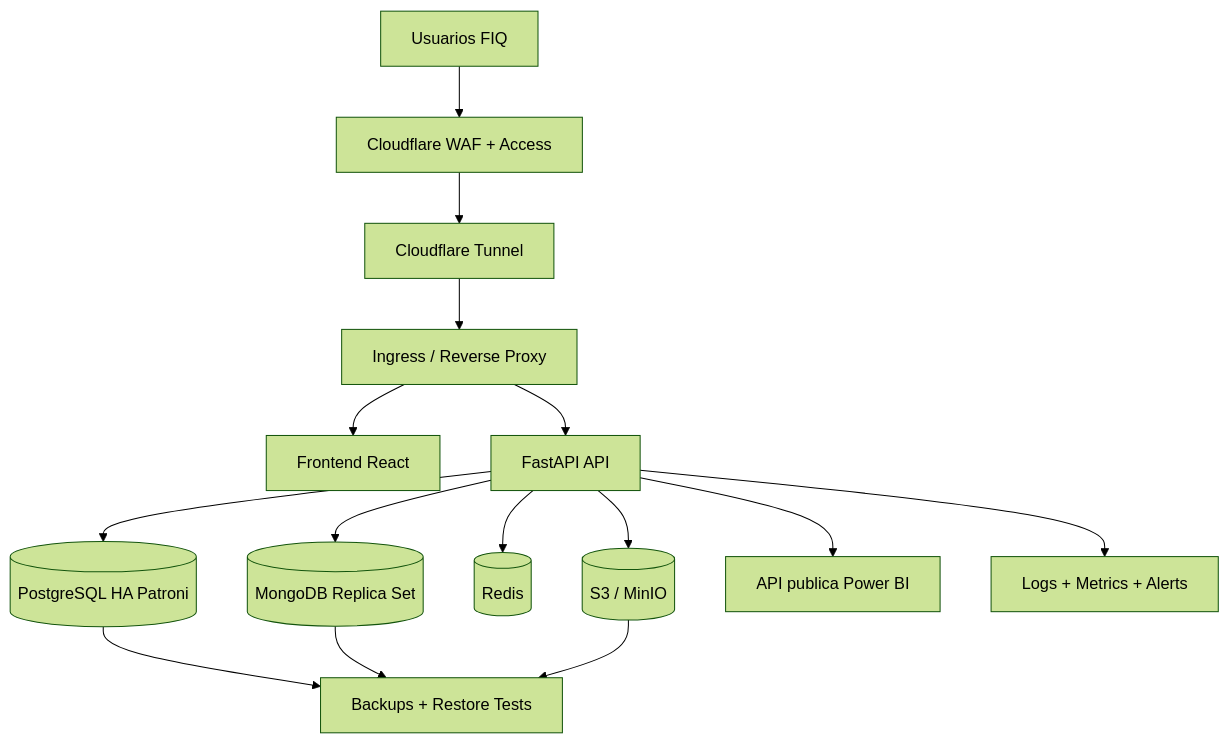
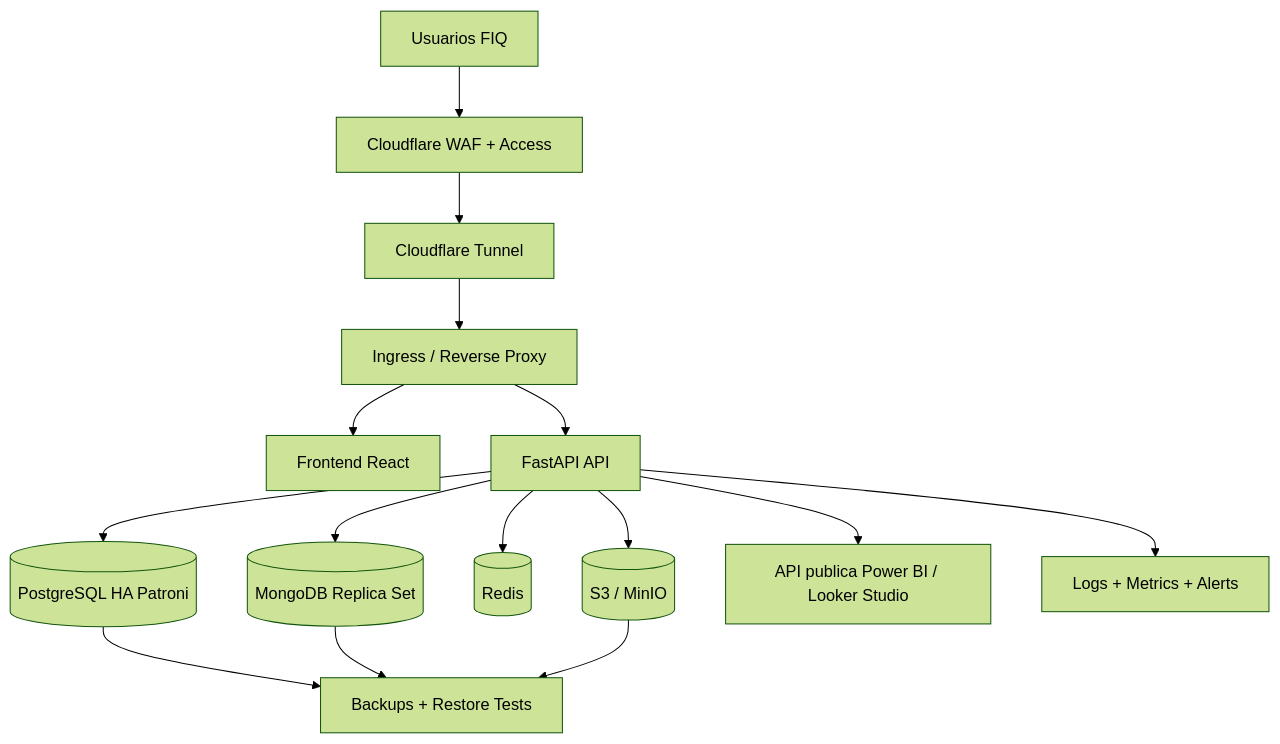
One commit to jhulio435m/FIQ changed the diagram in docs/14_plan_ha_kubernetes_swarm_powerbi.md. Above: the diagram before and after it, drawn with Mermaid (forest theme). The commit also changed other lines of this file and 6 other files, not shown here.

Commit message:
feat(reports): add Looker Studio public API

````diff
--- a/docs/14_plan_ha_kubernetes_swarm_powerbi.md
+++ b/docs/14_plan_ha_kubernetes_swarm_powerbi.md
@@ -37,19 +37,19 @@
 ```mermaid
 flowchart TD
     User[Usuarios FIQ] --> Cloudflare[Cloudflare WAF + Access]
     Cloudflare --> Tunnel[Cloudflare Tunnel]
     Tunnel --> Ingress[Ingress / Reverse Proxy]
     Ingress --> Frontend[Frontend React]
     Ingress --> Backend[FastAPI API]
 
     Backend --> PostgresHA[(PostgreSQL HA Patroni)]
     Backend --> MongoRS[(MongoDB Replica Set)]
     Backend --> Redis[(Redis)]
     Backend --> ObjectStorage[(S3 / MinIO)]
 
-    Backend --> PowerBI[API publica Power BI]
+    Backend --> Dashboards[API publica Power BI / Looker Studio]
     PostgresHA --> Backups[Backups + Restore Tests]
     MongoRS --> Backups
     ObjectStorage --> Backups
     Backend --> Observability[Logs + Metrics + Alerts]
 ```
````
